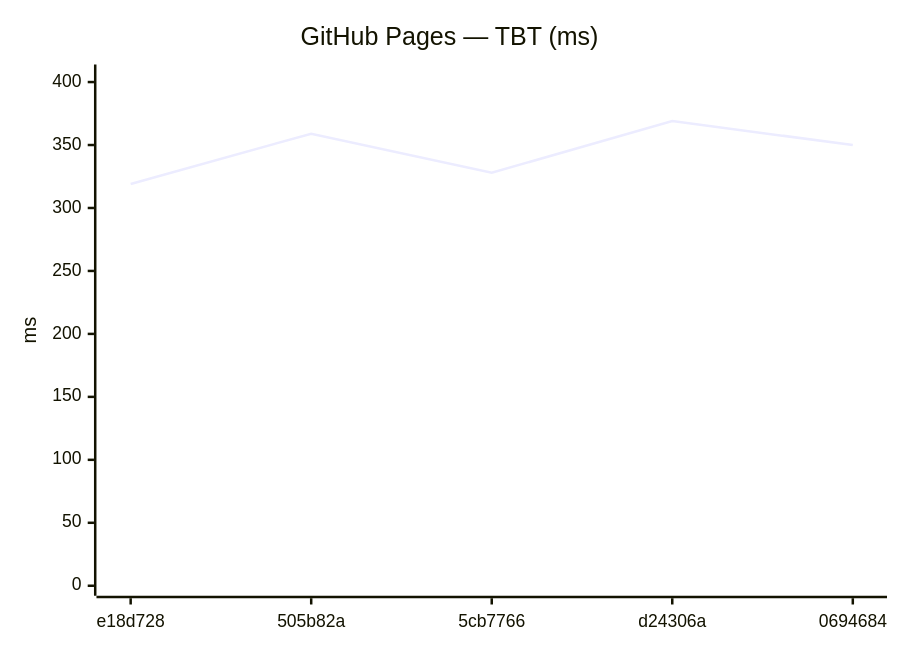
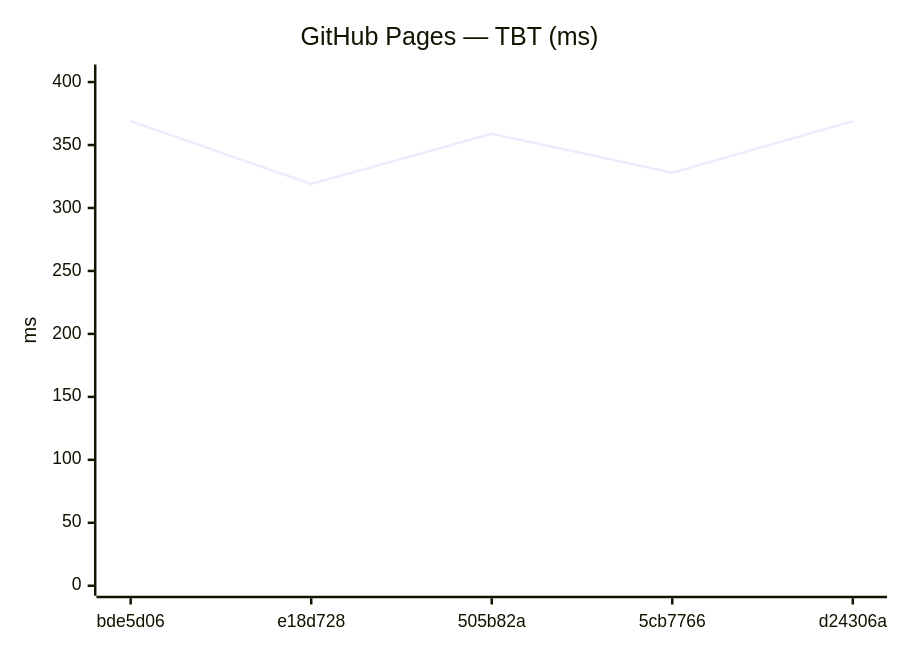
Before and after one commit to Metaheurist/Rianell: the tenth of 18 diagrams in benchmarks/compare.md, drawn with Mermaid. The commit also changed other lines of this file and 11 other files, not shown here.

````diff
--- a/benchmarks/compare.md
+++ b/benchmarks/compare.md
@@ -149,7 +149,7 @@
 ```mermaid
 xychart-beta
     title "GitHub Pages — TBT (ms)"
-    x-axis ["e18d728", "505b82a", "5cb7766", "d24306a", "0694684"]
+    x-axis ["bde5d06", "e18d728", "505b82a", "5cb7766", "d24306a"]
     y-axis "ms" 0 --> 406
-    line [319, 359, 328, 369, 350]
+    line [369, 319, 359, 328, 369]
 ```
````
